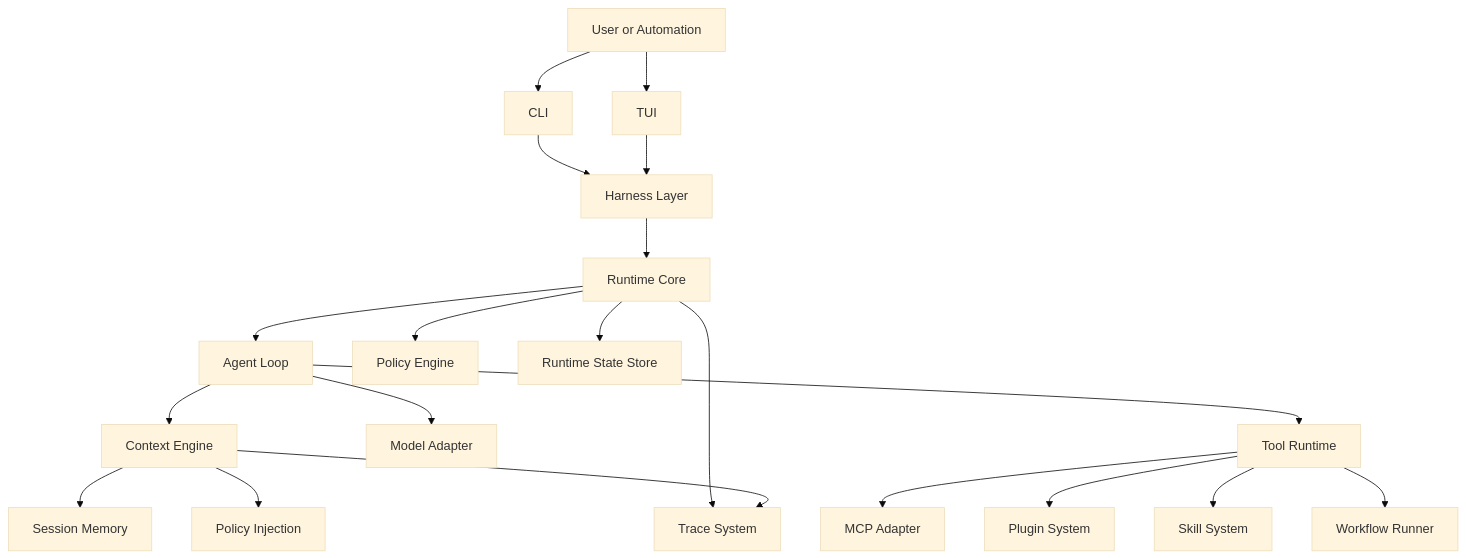
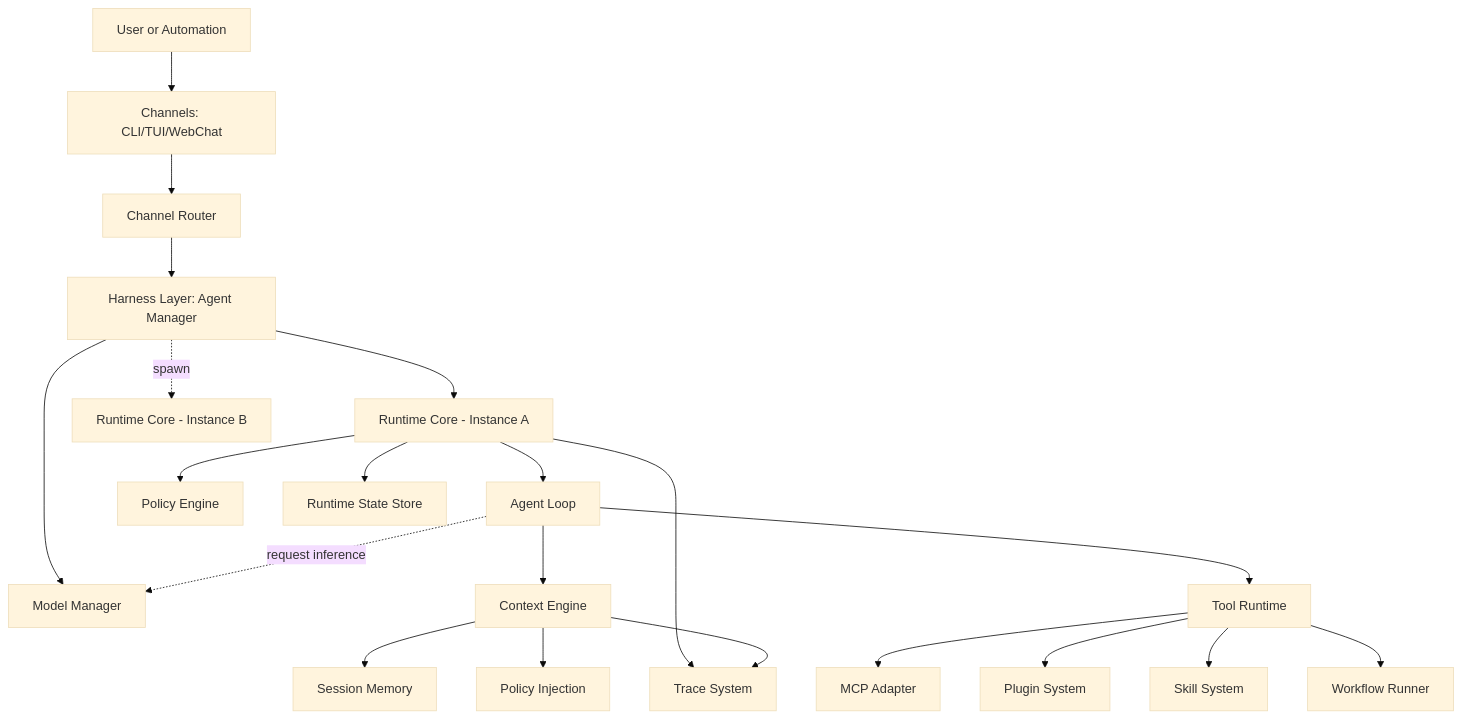
Before and after one commit to civilization-os/forgeone: the diagram in README.md, drawn with Mermaid (base theme). The commit also changed other lines of this file and 152 other files, not shown here.

````diff
--- a/README.md
+++ b/README.md
@@ -67,26 +78,28 @@
 ```mermaid
 flowchart TB
-    U[User or Automation] --> CLI[CLI]
-    U --> TUI[TUI]
-    CLI --> HARNESS[Harness Layer]
-    TUI --> HARNESS
-    HARNESS --> RUNTIME[Runtime Core]
+    U[User or Automation] --> CHANNELS[Channels: CLI/TUI/WebChat]
+    CHANNELS --> ROUTER[Channel Router]
+    ROUTER --> HARNESS[Harness Layer: Agent Manager]
+    
+    HARNESS --> MODELMGR[Model Manager]
+    HARNESS --> RUNTIME[Runtime Core - Instance A]
+    HARNESS -. spawn .-> RUNTIME_B[Runtime Core - Instance B]
 
     RUNTIME --> LOOP[Agent Loop]
     RUNTIME --> POLICY[Policy Engine]
     RUNTIME --> TRACE[Trace System]
     RUNTIME --> STATE[Runtime State Store]
 
     LOOP --> CONTEXT[Context Engine]
-    LOOP --> MODEL[Model Adapter]
+    LOOP -. request inference .-> MODELMGR
     LOOP --> TOOLS[Tool Runtime]
 
     TOOLS --> MCP[MCP Adapter]
     TOOLS --> PLUGIN[Plugin System]
     TOOLS --> SKILL[Skill System]
     TOOLS --> WORKFLOW[Workflow Runner]
 
     CONTEXT --> MEMORY[Session Memory]
     CONTEXT --> POLICYCTX[Policy Injection]
     CONTEXT --> TRACE
 ```
````
